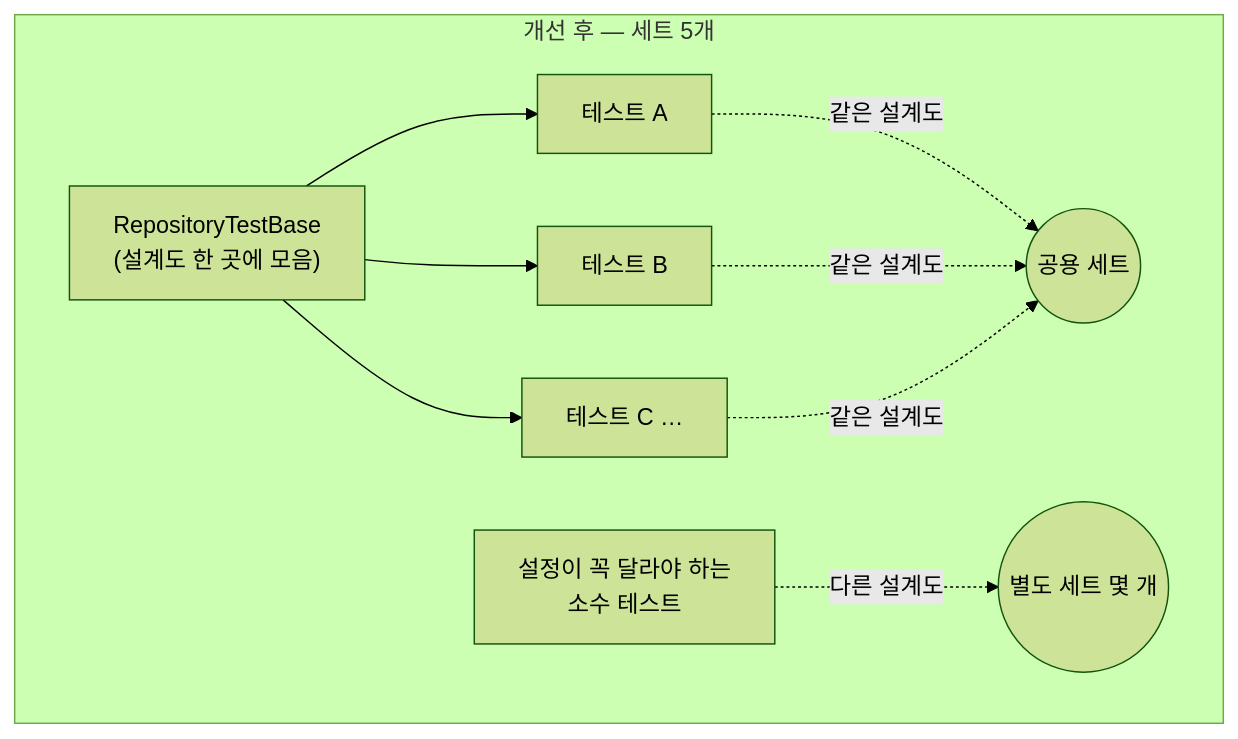
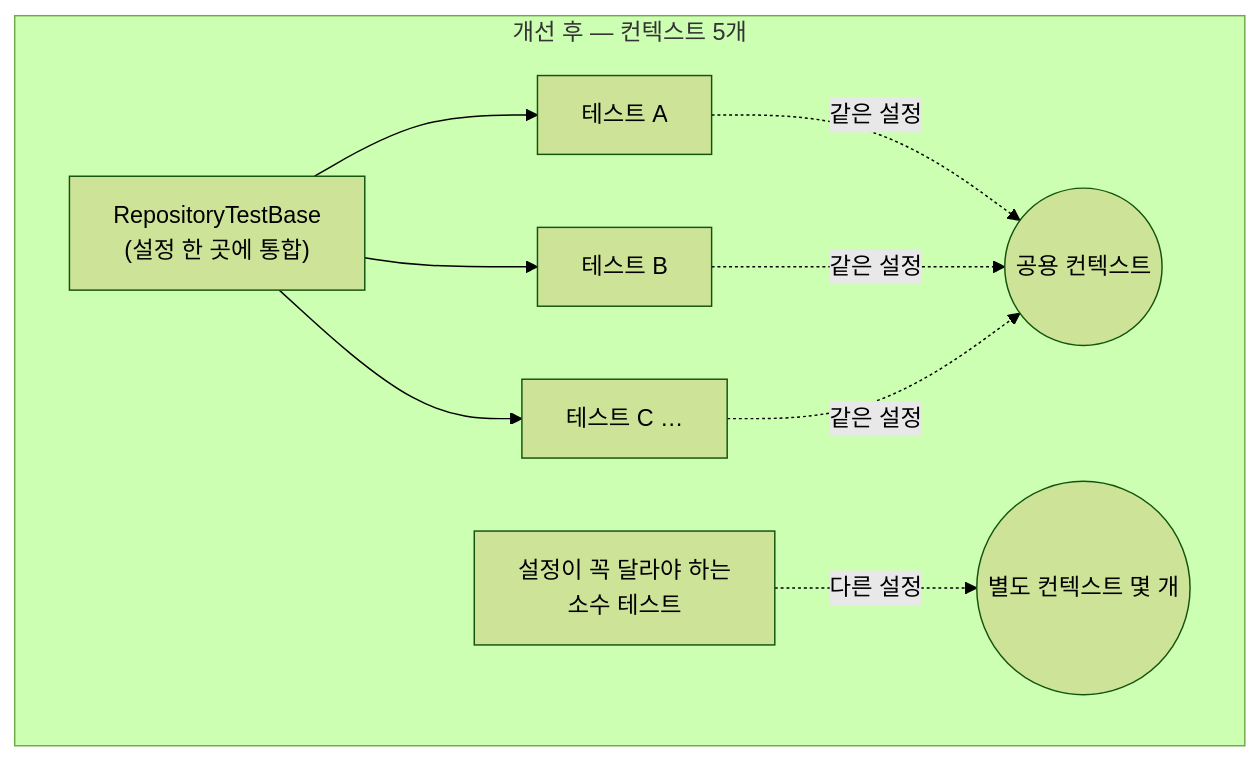
Before and after one commit to johnycho/johny-dev: the fifth of 6 diagrams in blog/2026-08-03-spring-datajpatest-context-oom.mdx, drawn with Mermaid (forest theme). The commit also changed other lines of this file and 47 other files, not shown here.

````diff
--- a/blog/2026-08-03-spring-datajpatest-context-oom.mdx
+++ b/blog/2026-08-03-spring-datajpatest-context-oom.mdx
@@ -226,13 +240,13 @@
 ```mermaid
 flowchart TB
-    subgraph AFTER["개선 후 — 세트 5개"]
-        BASE["RepositoryTestBase<br/>(설계도 한 곳에 모음)"]
+    subgraph AFTER["개선 후 — 컨텍스트 5개"]
+        BASE["RepositoryTestBase<br/>(설정 한 곳에 통합)"]
         BASE --> TA[테스트 A]
         BASE --> TB[테스트 B]
         BASE --> TC[테스트 C …]
-        TA -.같은 설계도.-> CTX((공용 세트))
-        TB -.같은 설계도.-> CTX
-        TC -.같은 설계도.-> CTX
-        SP["설정이 꼭 달라야 하는<br/>소수 테스트"] -.다른 설계도.-> CTX2((별도 세트 몇 개))
+        TA -.같은 설정.-> CTX((공용 컨텍스트))
+        TB -.같은 설정.-> CTX
+        TC -.같은 설정.-> CTX
+        SP["설정이 꼭 달라야 하는<br/>소수 테스트"] -.다른 설정.-> CTX2((별도 컨텍스트 몇 개))
     end
 ```
````
